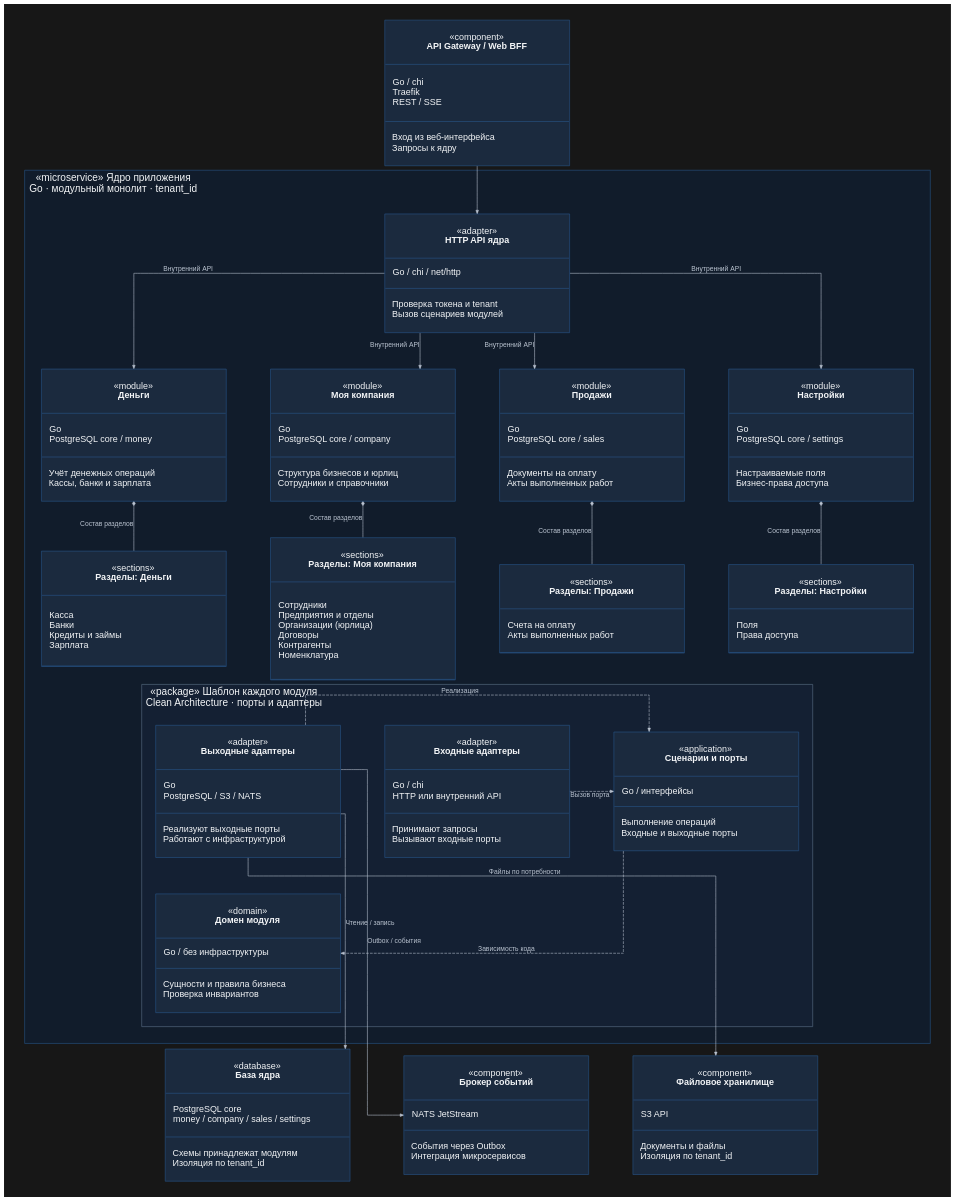
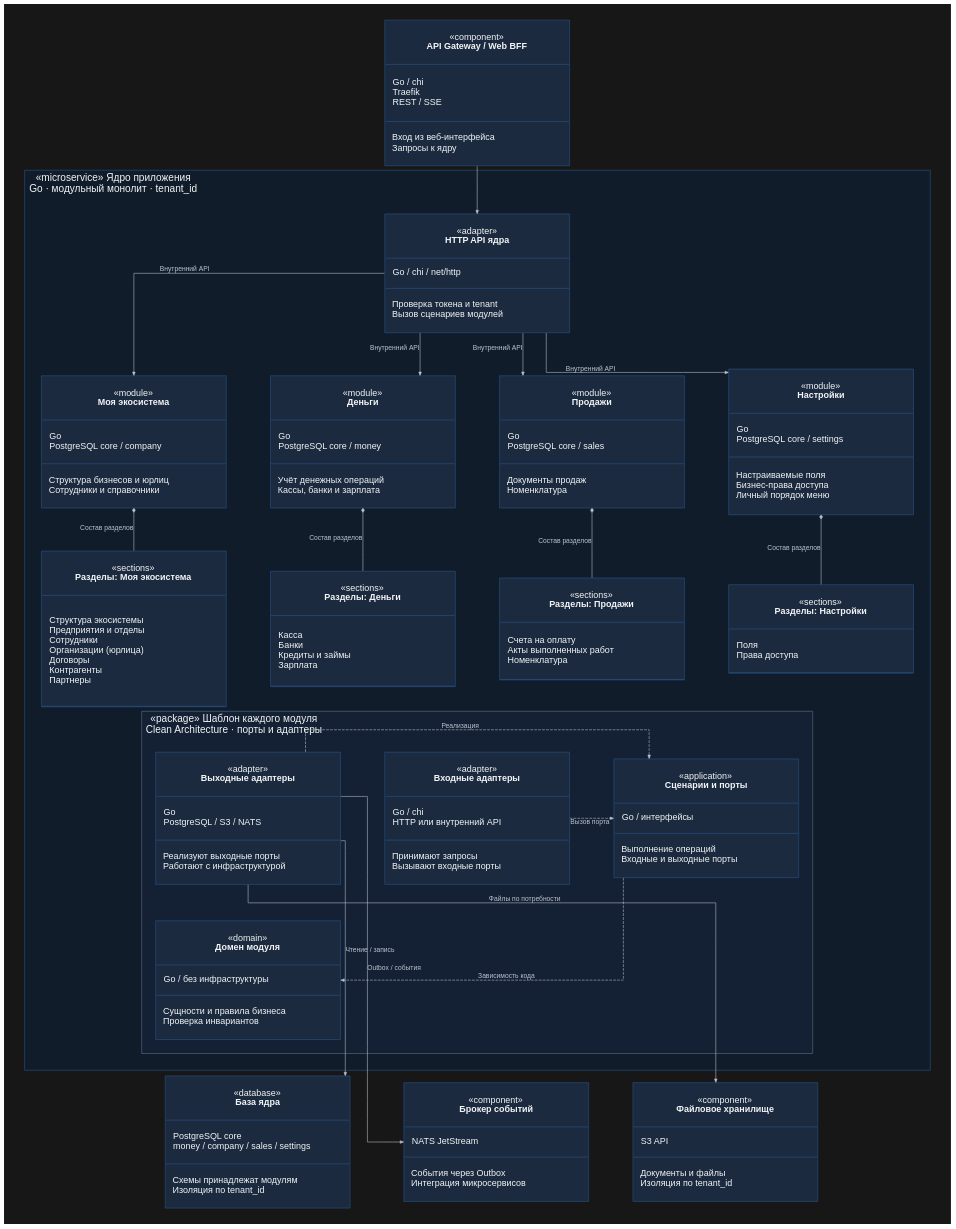
Before and after one commit to neiroot-enterprise/neiroot-ecosystem: the diagram in docs/diagrams/core-architecture.dot, drawn with Graphviz. The commit also changed 83 other files, not shown here.

Commit message:
Разработка философии и концепции проекта. Добавили раздел Партнеры. Переименовали Раздел Моя компания на Моя Экосистема. Добавили раздел Структура Экосистемы. Сортировка разделов и модулей в левом меню перетягиванием.

```diff
--- a/docs/diagrams/core-architecture.dot
+++ b/docs/diagrams/core-architecture.dot
@@ -8,18 +8,18 @@
 Go · модульный монолит · tenant_id"; labeljust=l;
 color="#28568c"; bgcolor="#111c2b"; margin=30;
 HTTP [label=<<TABLE BORDER="1" CELLBORDER="0" CELLSPACING="0" CELLPADDING="0" WIDTH="330" HEIGHT="212" FIXEDSIZE="TRUE" COLOR="#28568c" BGCOLOR="#1b2a3e"><TR><TD WIDTH="328" FIXEDSIZE="TRUE" CELLPADDING="12" HEIGHT="78" ALIGN="CENTER">«adapter»<BR/><B>HTTP API ядра</B></TD></TR><TR><TD WIDTH="328" FIXEDSIZE="TRUE" CELLPADDING="12" HEIGHT="54" ALIGN="LEFT" BORDER="1" SIDES="TB">Go / chi / net/http<BR ALIGN="LEFT"/></TD></TR><TR><TD WIDTH="328" FIXEDSIZE="TRUE" CELLPADDING="12" HEIGHT="78" ALIGN="LEFT">Проверка токена и tenant<BR ALIGN="LEFT"/>Вызов сценариев модулей<BR ALIGN="LEFT"/></TD></TR></TABLE>>];
+Company [label=<<TABLE BORDER="1" CELLBORDER="0" CELLSPACING="0" CELLPADDING="0" WIDTH="330" HEIGHT="236" FIXEDSIZE="TRUE" COLOR="#28568c" BGCOLOR="#1b2a3e"><TR><TD WIDTH="328" FIXEDSIZE="TRUE" CELLPADDING="12" HEIGHT="78" ALIGN="CENTER">«module»<BR/><B>Моя экосистема</B></TD></TR><TR><TD WIDTH="328" FIXEDSIZE="TRUE" CELLPADDING="12" HEIGHT="78" ALIGN="LEFT" BORDER="1" SIDES="TB">Go<BR ALIGN="LEFT"/>PostgreSQL core / company<BR ALIGN="LEFT"/></TD></TR><TR><TD WIDTH="328" FIXEDSIZE="TRUE" CELLPADDING="12" HEIGHT="78" ALIGN="LEFT">Структура бизнесов и юрлиц<BR ALIGN="LEFT"/>Сотрудники и справочники<BR ALIGN="LEFT"/></TD></TR></TABLE>>];
 Money [label=<<TABLE BORDER="1" CELLBORDER="0" CELLSPACING="0" CELLPADDING="0" WIDTH="330" HEIGHT="236" FIXEDSIZE="TRUE" COLOR="#28568c" BGCOLOR="#1b2a3e"><TR><TD WIDTH="328" FIXEDSIZE="TRUE" CELLPADDING="12" HEIGHT="78" ALIGN="CENTER">«module»<BR/><B>Деньги</B></TD></TR><TR><TD WIDTH="328" FIXEDSIZE="TRUE" CELLPADDING="12" HEIGHT="78" ALIGN="LEFT" BORDER="1" SIDES="TB">Go<BR ALIGN="LEFT"/>PostgreSQL core / money<BR ALIGN="LEFT"/></TD></TR><TR><TD WIDTH="328" FIXEDSIZE="TRUE" CELLPADDING="12" HEIGHT="78" ALIGN="LEFT">Учёт денежных операций<BR ALIGN="LEFT"/>Кассы, банки и зарплата<BR ALIGN="LEFT"/></TD></TR></TABLE>>];
-Company [label=<<TABLE BORDER="1" CELLBORDER="0" CELLSPACING="0" CELLPADDING="0" WIDTH="330" HEIGHT="236" FIXEDSIZE="TRUE" COLOR="#28568c" BGCOLOR="#1b2a3e"><TR><TD WIDTH="328" FIXEDSIZE="TRUE" CELLPADDING="12" HEIGHT="78" ALIGN="CENTER">«module»<BR/><B>Моя компания</B></TD></TR><TR><TD WIDTH="328" FIXEDSIZE="TRUE" CELLPADDING="12" HEIGHT="78" ALIGN="LEFT" BORDER="1" SIDES="TB">Go<BR ALIGN="LEFT"/>PostgreSQL core / company<BR ALIGN="LEFT"/></TD></TR><TR><TD WIDTH="328" FIXEDSIZE="TRUE" CELLPADDING="12" HEIGHT="78" ALIGN="LEFT">Структура бизнесов и юрлиц<BR ALIGN="LEFT"/>Сотрудники и справочники<BR ALIGN="LEFT"/></TD></TR></TABLE>>];
-Sales [label=<<TABLE BORDER="1" CELLBORDER="0" CELLSPACING="0" CELLPADDING="0" WIDTH="330" HEIGHT="236" FIXEDSIZE="TRUE" COLOR="#28568c" BGCOLOR="#1b2a3e"><TR><TD WIDTH="328" FIXEDSIZE="TRUE" CELLPADDING="12" HEIGHT="78" ALIGN="CENTER">«module»<BR/><B>Продажи</B></TD></TR><TR><TD WIDTH="328" FIXEDSIZE="TRUE" CELLPADDING="12" HEIGHT="78" ALIGN="LEFT" BORDER="1" SIDES="TB">Go<BR ALIGN="LEFT"/>PostgreSQL core / sales<BR ALIGN="LEFT"/></TD></TR><TR><TD WIDTH="328" FIXEDSIZE="TRUE" CELLPADDING="12" HEIGHT="78" ALIGN="LEFT">Документы на оплату<BR ALIGN="LEFT"/>Акты выполненных работ<BR ALIGN="LEFT"/></TD></TR></TABLE>>];
-Settings [label=<<TABLE BORDER="1" CELLBORDER="0" CELLSPACING="0" CELLPADDING="0" WIDTH="330" HEIGHT="236" FIXEDSIZE="TRUE" COLOR="#28568c" BGCOLOR="#1b2a3e"><TR><TD WIDTH="328" FIXEDSIZE="TRUE" CELLPADDING="12" HEIGHT="78" ALIGN="CENTER">«module»<BR/><B>Настройки</B></TD></TR><TR><TD WIDTH="328" FIXEDSIZE="TRUE" CELLPADDING="12" HEIGHT="78" ALIGN="LEFT" BORDER="1" SIDES="TB">Go<BR ALIGN="LEFT"/>PostgreSQL core / settings<BR ALIGN="LEFT"/></TD></TR><TR><TD WIDTH="328" FIXEDSIZE="TRUE" CELLPADDING="12" HEIGHT="78" ALIGN="LEFT">Настраиваемые поля<BR ALIGN="LEFT"/>Бизнес-права доступа<BR ALIGN="LEFT"/></TD></TR></TABLE>>];
+Sales [label=<<TABLE BORDER="1" CELLBORDER="0" CELLSPACING="0" CELLPADDING="0" WIDTH="330" HEIGHT="236" FIXEDSIZE="TRUE" COLOR="#28568c" BGCOLOR="#1b2a3e"><TR><TD WIDTH="328" FIXEDSIZE="TRUE" CELLPADDING="12" HEIGHT="78" ALIGN="CENTER">«module»<BR/><B>Продажи</B></TD></TR><TR><TD WIDTH="328" FIXEDSIZE="TRUE" CELLPADDING="12" HEIGHT="78" ALIGN="LEFT" BORDER="1" SIDES="TB">Go<BR ALIGN="LEFT"/>PostgreSQL core / sales<BR ALIGN="LEFT"/></TD></TR><TR><TD WIDTH="328" FIXEDSIZE="TRUE" CELLPADDING="12" HEIGHT="78" ALIGN="LEFT">Документы продаж<BR ALIGN="LEFT"/>Номенклатура<BR ALIGN="LEFT"/></TD></TR></TABLE>>];
+Settings [label=<<TABLE BORDER="1" CELLBORDER="0" CELLSPACING="0" CELLPADDING="0" WIDTH="330" HEIGHT="260" FIXEDSIZE="TRUE" COLOR="#28568c" BGCOLOR="#1b2a3e"><TR><TD WIDTH="328" FIXEDSIZE="TRUE" CELLPADDING="12" HEIGHT="78" ALIGN="CENTER">«module»<BR/><B>Настройки</B></TD></TR><TR><TD WIDTH="328" FIXEDSIZE="TRUE" CELLPADDING="12" HEIGHT="78" ALIGN="LEFT" BORDER="1" SIDES="TB">Go<BR ALIGN="LEFT"/>PostgreSQL core / settings<BR ALIGN="LEFT"/></TD></TR><TR><TD WIDTH="328" FIXEDSIZE="TRUE" CELLPADDING="12" HEIGHT="102" ALIGN="LEFT">Настраиваемые поля<BR ALIGN="LEFT"/>Бизнес-права доступа<BR ALIGN="LEFT"/>Личный порядок меню<BR ALIGN="LEFT"/></TD></TR></TABLE>>];
+CompanySections [label=<<TABLE BORDER="1" CELLBORDER="0" CELLSPACING="0" CELLPADDING="0" WIDTH="330" HEIGHT="278" FIXEDSIZE="TRUE" COLOR="#28568c" BGCOLOR="#1b2a3e"><TR><TD WIDTH="328" FIXEDSIZE="TRUE" CELLPADDING="12" HEIGHT="78" ALIGN="CENTER">«sections»<BR/><B>Разделы: Моя экосистема</B></TD></TR><TR><TD WIDTH="328" FIXEDSIZE="TRUE" CELLPADDING="12" HEIGHT="198" ALIGN="LEFT" BORDER="1" SIDES="TB">Структура экосистемы<BR ALIGN="LEFT"/>Предприятия и отделы<BR ALIGN="LEFT"/>Сотрудники<BR ALIGN="LEFT"/>Организации (юрлица)<BR ALIGN="LEFT"/>Договоры<BR ALIGN="LEFT"/>Контрагенты<BR ALIGN="LEFT"/>Партнеры<BR ALIGN="LEFT"/></TD></TR></TABLE>>];
 MoneySections [label=<<TABLE BORDER="1" CELLBORDER="0" CELLSPACING="0" CELLPADDING="0" WIDTH="330" HEIGHT="206" FIXEDSIZE="TRUE" COLOR="#28568c" BGCOLOR="#1b2a3e"><TR><TD WIDTH="328" FIXEDSIZE="TRUE" CELLPADDING="12" HEIGHT="78" ALIGN="CENTER">«sections»<BR/><B>Разделы: Деньги</B></TD></TR><TR><TD WIDTH="328" FIXEDSIZE="TRUE" CELLPADDING="12" HEIGHT="126" ALIGN="LEFT" BORDER="1" SIDES="TB">Касса<BR ALIGN="LEFT"/>Банки<BR ALIGN="LEFT"/>Кредиты и займы<BR ALIGN="LEFT"/>Зарплата<BR ALIGN="LEFT"/></TD></TR></TABLE>>];
-CompanySections [label=<<TABLE BORDER="1" CELLBORDER="0" CELLSPACING="0" CELLPADDING="0" WIDTH="330" HEIGHT="254" FIXEDSIZE="TRUE" COLOR="#28568c" BGCOLOR="#1b2a3e"><TR><TD WIDTH="328" FIXEDSIZE="TRUE" CELLPADDING="12" HEIGHT="78" ALIGN="CENTER">«sections»<BR/><B>Разделы: Моя компания</B></TD></TR><TR><TD WIDTH="328" FIXEDSIZE="TRUE" CELLPADDING="12" HEIGHT="174" ALIGN="LEFT" BORDER="1" SIDES="TB">Сотрудники<BR ALIGN="LEFT"/>Предприятия и отделы<BR ALIGN="LEFT"/>Организации (юрлица)<BR ALIGN="LEFT"/>Договоры<BR ALIGN="LEFT"/>Контрагенты<BR ALIGN="LEFT"/>Номенклатура<BR ALIGN="LEFT"/></TD></TR></TABLE>>];
-SalesSections [label=<<TABLE BORDER="1" CELLBORDER="0" CELLSPACING="0" CELLPADDING="0" WIDTH="330" HEIGHT="158" FIXEDSIZE="TRUE" COLOR="#28568c" BGCOLOR="#1b2a3e"><TR><TD WIDTH="328" FIXEDSIZE="TRUE" CELLPADDING="12" HEIGHT="78" ALIGN="CENTER">«sections»<BR/><B>Разделы: Продажи</B></TD></TR><TR><TD WIDTH="328" FIXEDSIZE="TRUE" CELLPADDING="12" HEIGHT="78" ALIGN="LEFT" BORDER="1" SIDES="TB">Счета на оплату<BR ALIGN="LEFT"/>Акты выполненных работ<BR ALIGN="LEFT"/></TD></TR></TABLE>>];
+SalesSections [label=<<TABLE BORDER="1" CELLBORDER="0" CELLSPACING="0" CELLPADDING="0" WIDTH="330" HEIGHT="182" FIXEDSIZE="TRUE" COLOR="#28568c" BGCOLOR="#1b2a3e"><TR><TD WIDTH="328" FIXEDSIZE="TRUE" CELLPADDING="12" HEIGHT="78" ALIGN="CENTER">«sections»<BR/><B>Разделы: Продажи</B></TD></TR><TR><TD WIDTH="328" FIXEDSIZE="TRUE" CELLPADDING="12" HEIGHT="102" ALIGN="LEFT" BORDER="1" SIDES="TB">Счета на оплату<BR ALIGN="LEFT"/>Акты выполненных работ<BR ALIGN="LEFT"/>Номенклатура<BR ALIGN="LEFT"/></TD></TR></TABLE>>];
 SettingsSections [label=<<TABLE BORDER="1" CELLBORDER="0" CELLSPACING="0" CELLPADDING="0" WIDTH="330" HEIGHT="158" FIXEDSIZE="TRUE" COLOR="#28568c" BGCOLOR="#1b2a3e"><TR><TD WIDTH="328" FIXEDSIZE="TRUE" CELLPADDING="12" HEIGHT="78" ALIGN="CENTER">«sections»<BR/><B>Разделы: Настройки</B></TD></TR><TR><TD WIDTH="328" FIXEDSIZE="TRUE" CELLPADDING="12" HEIGHT="78" ALIGN="LEFT" BORDER="1" SIDES="TB">Поля<BR ALIGN="LEFT"/>Права доступа<BR ALIGN="LEFT"/></TD></TR></TABLE>>];
-{rank=same; Money; Company; Sales; Settings;}
-{rank=same; MoneySections; CompanySections; SalesSections; SettingsSections;}
-Money -> Company -> Sales -> Settings [style=invis, weight=100];
-MoneySections -> CompanySections -> SalesSections -> SettingsSections [style=invis, weight=100];
+{rank=same; Company; Money; Sales; Settings;}
+{rank=same; CompanySections; MoneySections; SalesSections; SettingsSections;}
+Company -> Money -> Sales -> Settings [style=invis, weight=100];
+CompanySections -> MoneySections -> SalesSections -> SettingsSections [style=invis, weight=100];
 subgraph cluster_pattern {
 label="«package» Шаблон каждого модуля
 Clean Architecture · порты и адаптеры"; labeljust=l;
@@ -39,16 +39,16 @@
 Files [label=<<TABLE BORDER="1" CELLBORDER="0" CELLSPACING="0" CELLPADDING="0" WIDTH="330" HEIGHT="212" FIXEDSIZE="TRUE" COLOR="#28568c" BGCOLOR="#1b2a3e"><TR><TD WIDTH="328" FIXEDSIZE="TRUE" CELLPADDING="12" HEIGHT="78" ALIGN="CENTER">«component»<BR/><B>Файловое хранилище</B></TD></TR><TR><TD WIDTH="328" FIXEDSIZE="TRUE" CELLPADDING="12" HEIGHT="54" ALIGN="LEFT" BORDER="1" SIDES="TB">S3 API<BR ALIGN="LEFT"/></TD></TR><TR><TD WIDTH="328" FIXEDSIZE="TRUE" CELLPADDING="12" HEIGHT="78" ALIGN="LEFT">Документы и файлы<BR ALIGN="LEFT"/>Изоляция по tenant_id<BR ALIGN="LEFT"/></TD></TR></TABLE>>];
 {rank=same; Database; Events; Files;}
 Gateway -> HTTP [xlabel=""];
+HTTP -> Company [xlabel="Внутренний API"];
 HTTP -> Money [xlabel="Внутренний API"];
-HTTP -> Company [xlabel="Внутренний API"];
 HTTP -> Sales [xlabel="Внутренний API"];
 HTTP -> Settings [xlabel="Внутренний API"];
+Company -> CompanySections [xlabel="Состав разделов", dir=both, arrowtail=diamond, arrowhead=none];
 Money -> MoneySections [xlabel="Состав разделов", dir=both, arrowtail=diamond, arrowhead=none];
-Company -> CompanySections [xlabel="Состав разделов", dir=both, arrowtail=diamond, arrowhead=none];
 Sales -> SalesSections [xlabel="Состав разделов", dir=both, arrowtail=diamond, arrowhead=none];
 Settings -> SettingsSections [xlabel="Состав разделов", dir=both, arrowtail=diamond, arrowhead=none];
+CompanySections -> Incoming [style=invis];
 MoneySections -> Incoming [style=invis];
-CompanySections -> Incoming [style=invis];
 SalesSections -> Incoming [style=invis];
 SettingsSections -> Incoming [style=invis];
 Outgoing -> Database [xlabel="Чтение / запись"];
```
